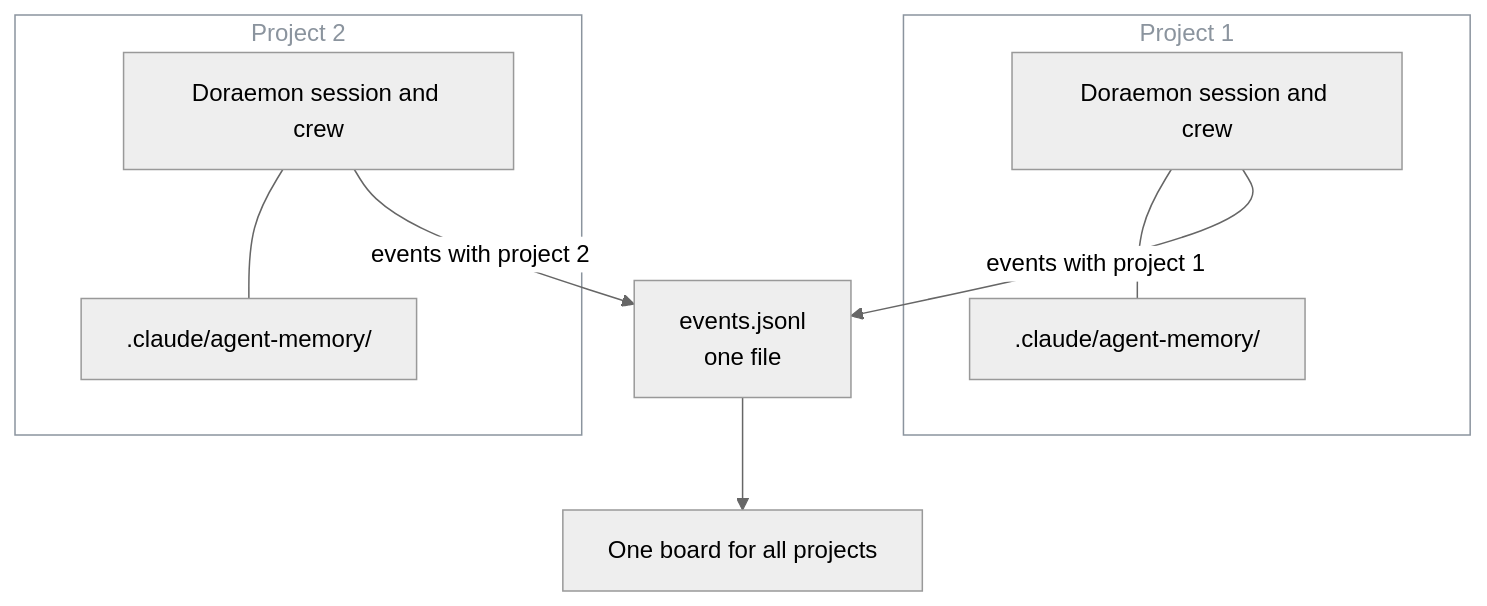
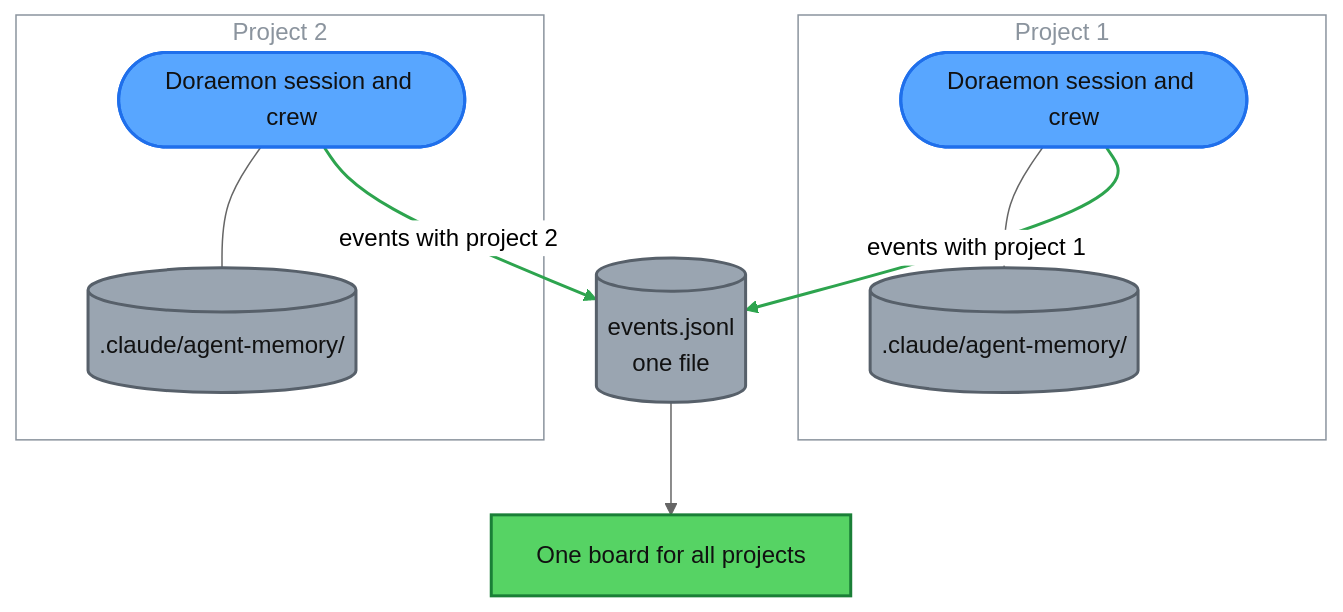
Before and after one commit to amanpatil808/claude-crew: the third of 5 diagrams in docs/how-it-works.md, drawn with Mermaid (neutral theme). The commit also changed other lines of this file and 8 other files, not shown here.

First line of the commit message:
README: real Crew Room screenshots, coloured diagrams, demo seeder

````diff
--- a/docs/how-it-works.md
+++ b/docs/how-it-works.md
@@ -184,18 +222,36 @@
 ```mermaid
 flowchart TB
     subgraph P1["Project 1"]
-        S1["Doraemon session and crew"]
-        M1[".claude/agent-memory/"]
+        S1(["Doraemon session and crew"])
+        M1[(".claude/agent-memory/")]
     end
     subgraph P2["Project 2"]
-        S2["Doraemon session and crew"]
-        M2[".claude/agent-memory/"]
+        S2(["Doraemon session and crew"])
+        M2[(".claude/agent-memory/")]
     end
     S1 --- M1
     S2 --- M2
-    S1 -->|"events with project 1"| EV["events.jsonl<br/>one file"]
+    S1 -->|"events with project 1"| EV[("events.jsonl<br/>one file")]
     S2 -->|"events with project 2"| EV
     EV --> BD["One board for all projects"]
+
+  classDef mgmt fill:#58a6ff,stroke:#1f6feb,color:#111,stroke-width:2px
+  classDef backend fill:#e3b341,stroke:#9a6700,color:#111,stroke-width:2px
+  classDef frontend fill:#ff7b72,stroke:#cf222e,color:#111,stroke-width:2px
+  classDef devops fill:#39c5cf,stroke:#0e7490,color:#111,stroke-width:2px
+  classDef security fill:#8e9cf5,stroke:#4c5bd4,color:#111,stroke-width:2px
+  classDef qa fill:#bc8cff,stroke:#8250df,color:#111,stroke-width:2px
+  classDef research fill:#f0883e,stroke:#bc4c00,color:#111,stroke-width:2px
+  classDef docs fill:#f778ba,stroke:#bf3989,color:#111,stroke-width:2px
+  classDef helpers fill:#c9b97a,stroke:#8a7a3a,color:#111,stroke-width:2px
+  classDef crew fill:#b1bac4,stroke:#57606a,color:#111,stroke-width:2px
+  classDef data fill:#9aa5b1,stroke:#57606a,color:#111,stroke-width:2px
+  classDef board fill:#56d364,stroke:#1a7f37,color:#111,stroke-width:2px
+  classDef ext fill:#c5ccd4,stroke:#57606a,color:#111,stroke-width:2px,stroke-dasharray:5 3
+    class S1,S2 mgmt
+    class M1,M2,EV data
+    class BD board
     style P1 fill:transparent,stroke:#8b949e,color:#8b949e
     style P2 fill:transparent,stroke:#8b949e,color:#8b949e
+    linkStyle 2,3 stroke:#2da44e,stroke-width:2px
 ```
````
